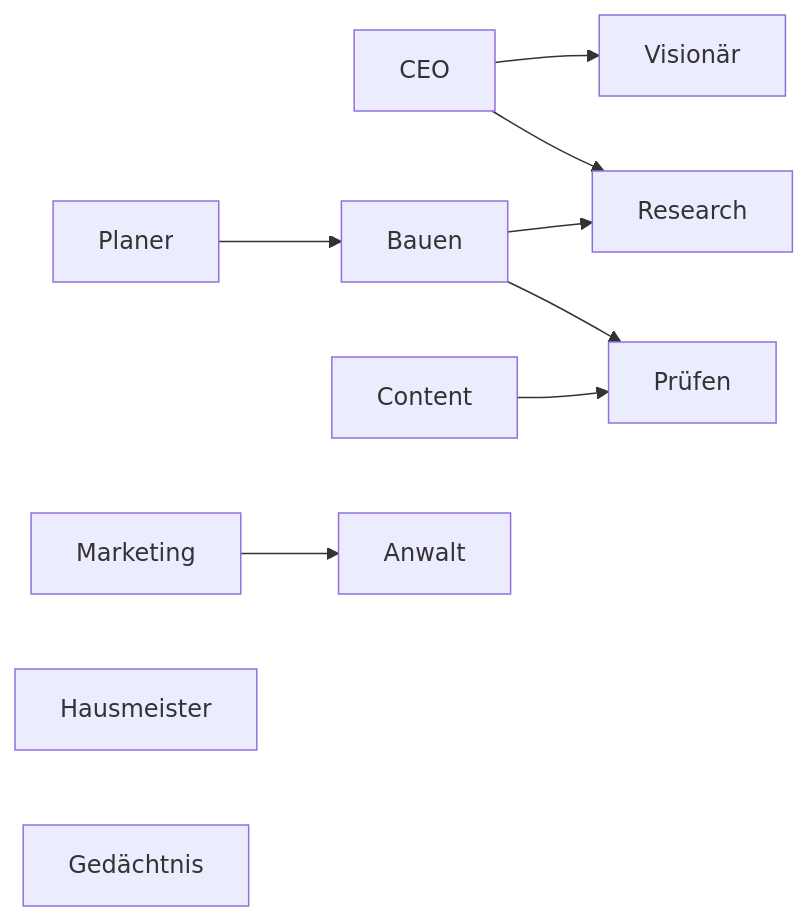
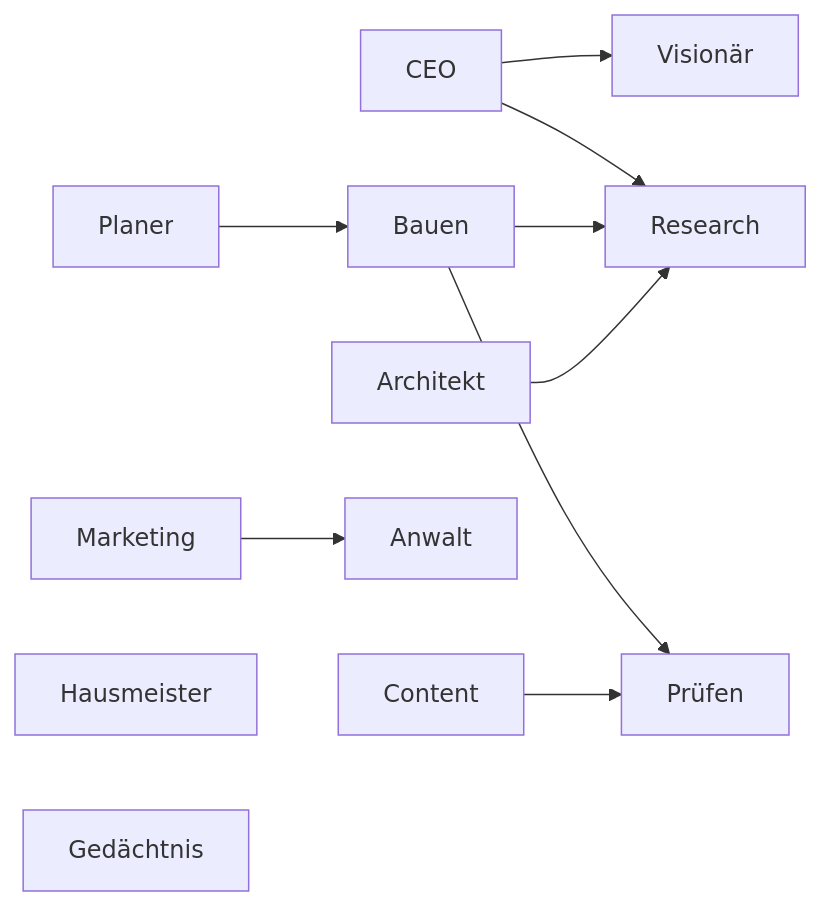
Before and after one commit to siinanXD/Leitstand: the diagram in docs/ABLAUF.md, drawn with Mermaid. The commit also changed other lines of this file and 13 other files, not shown here.

````diff
--- a/docs/ABLAUF.md
+++ b/docs/ABLAUF.md
@@ -5,21 +5,23 @@
 ```mermaid
 flowchart LR
   ceo["CEO"]
   visionaer["Visionär"]
   planer["Planer"]
   research["Research"]
   bauen["Bauen"]
   pruefen["Prüfen"]
   content["Content"]
   marketing["Marketing"]
   hausmeister["Hausmeister"]
   anwalt["Anwalt"]
   gedaechtnis["Gedächtnis"]
+  architekt["Architekt"]
   ceo --> research
   ceo --> visionaer
   planer --> bauen
   bauen --> pruefen
   bauen --> research
   content --> pruefen
   marketing --> anwalt
+  architekt --> research
 ```
````
